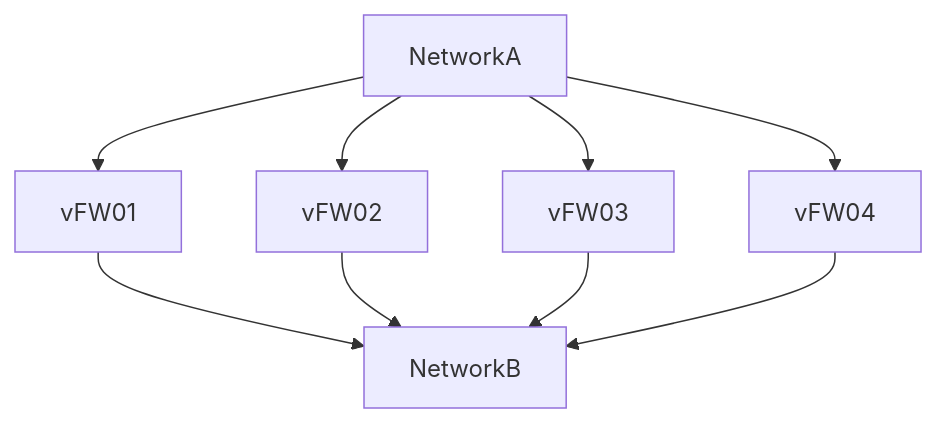
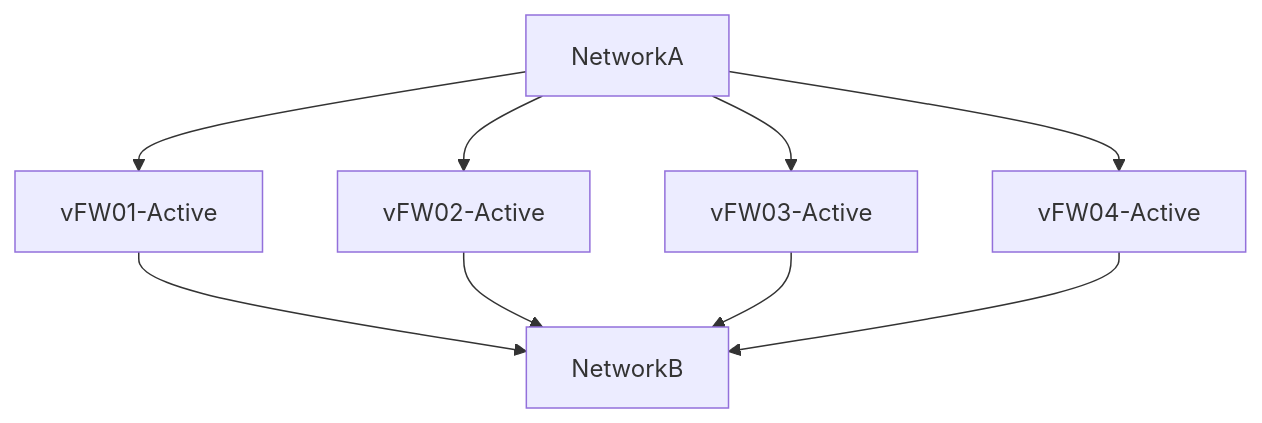
One commit to F0otsh0T/ansible-vsrx_upgrade changed the first of 2 diagrams in README.md. Above: the diagram before and after it, drawn with Mermaid. The commit also changed other lines of this file and 10 other files, not shown here.

````diff
--- a/README.md
+++ b/README.md
@@ -4,11 +5,11 @@
 ```mermaid
 graph TD;
-  NetworkA-->vFW01;
-  NetworkA-->vFW02;
-  NetworkA-->vFW03;
-  NetworkA-->vFW04;
-  vFW01-->NetworkB;
-  vFW02-->NetworkB;
-  vFW03-->NetworkB;
-  vFW04-->NetworkB;
+  NetworkA-->vFW01-Active;
+  NetworkA-->vFW02-Active;
+  NetworkA-->vFW03-Active;
+  NetworkA-->vFW04-Active;
+  vFW01-Active-->NetworkB;
+  vFW02-Active-->NetworkB;
+  vFW03-Active-->NetworkB;
+  vFW04-Active-->NetworkB;
 ```
````
